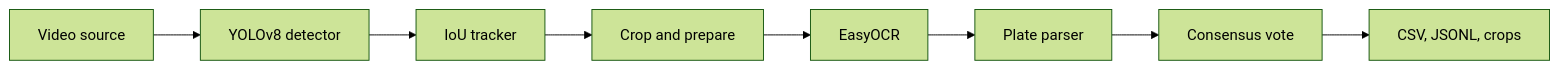
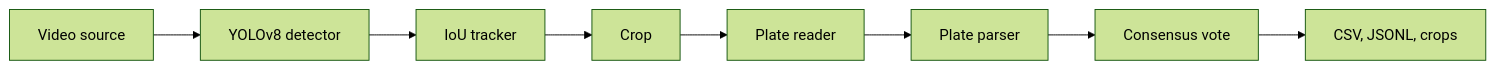
One commit to rahulmandal0207/vrpr changed the diagram in README.md. Above: the diagram before and after it, drawn with Mermaid (forest theme). The commit also changed other lines of this file and 13 other files, not shown here.

First line of the commit message:
Read plates with a plate-specific model, with EasyOCR as fallback

````diff
--- a/README.md
+++ b/README.md
@@ -13,10 +13,10 @@
 ```mermaid
 flowchart LR
     A[Video source] --> B[YOLOv8 detector]
     B --> C[IoU tracker]
-    C --> D[Crop and prepare]
-    D --> E[EasyOCR]
+    C --> D[Crop]
+    D --> E[Plate reader]
     E --> F[Plate parser]
     F --> G[Consensus vote]
     G --> H[CSV, JSONL, crops]
 ```
````
